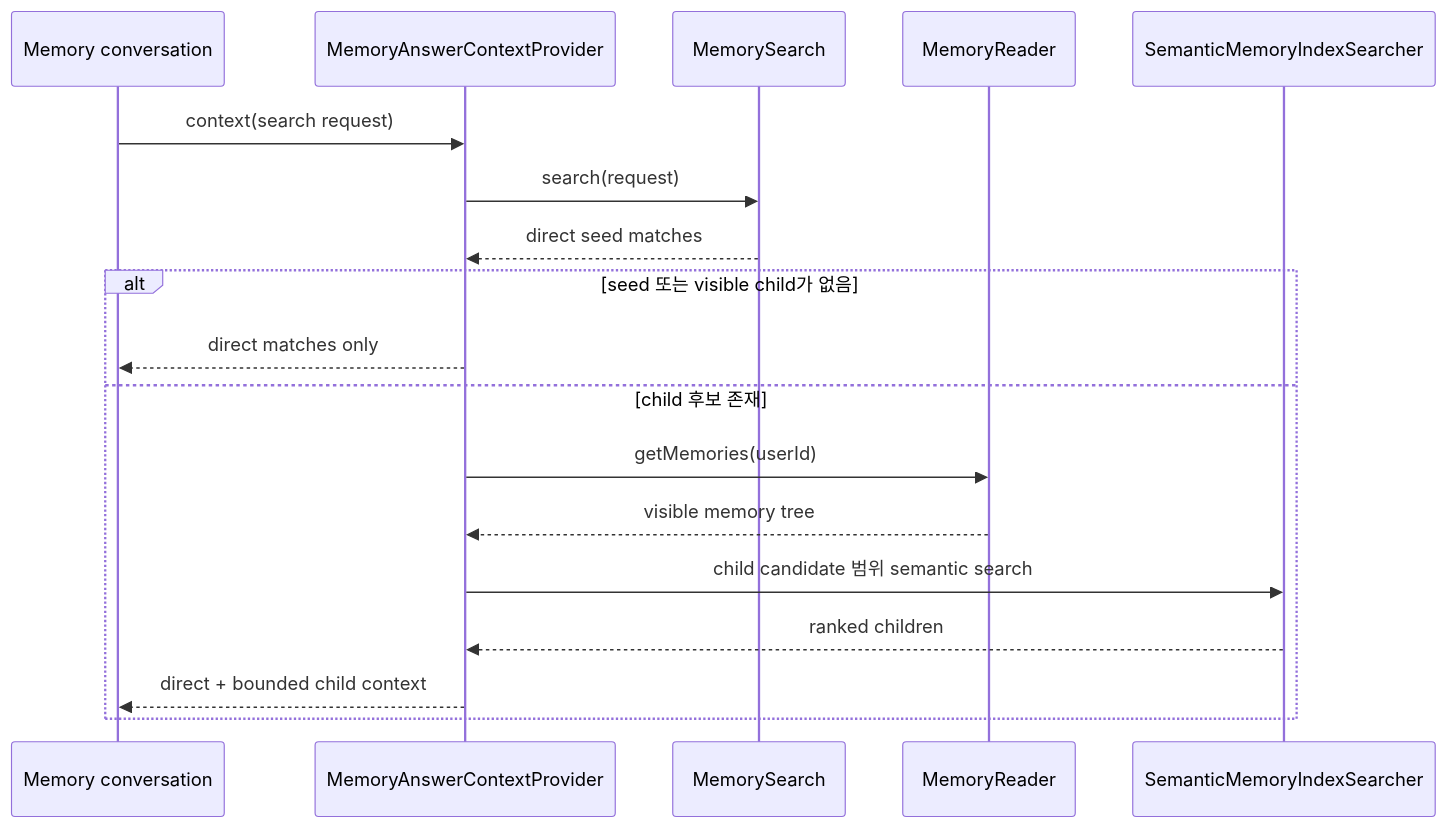
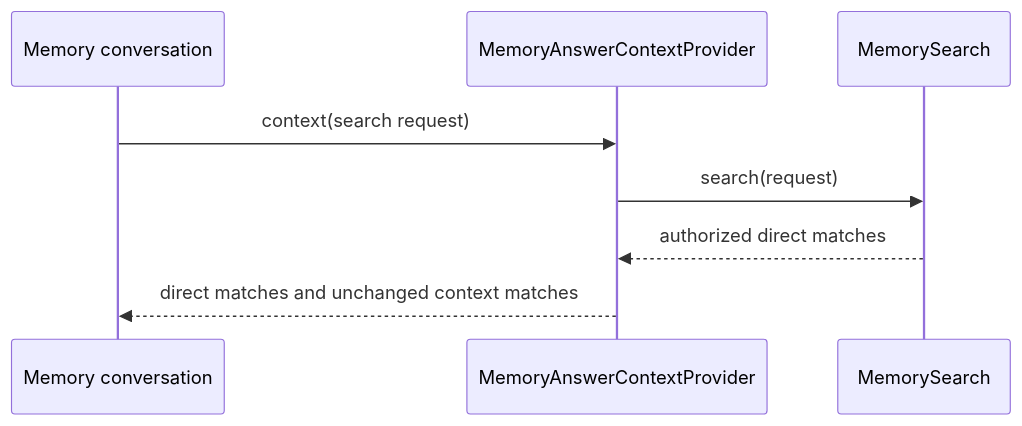
Before and after one commit to magenta1223/home_assistant: the third of 3 diagrams in application/src/main/kotlin/com/homeassistant/application/usecase/memory/answer/README.md, drawn with Mermaid. The commit also changed other lines of this file and 35 other files, not shown here.

Commit message:
refactor: remove Memory child links and legacy tree consumers

````diff
--- a/application/src/main/kotlin/com/homeassistant/application/usecase/memory/answer/README.md
+++ b/application/src/main/kotlin/com/homeassistant/application/usecase/memory/answer/README.md
@@ -67,21 +68,11 @@
 ```mermaid
 sequenceDiagram
     participant Conversation as Memory conversation
     participant Context as MemoryAnswerContextProvider
     participant Search as MemorySearch
-    participant Reader as MemoryReader
-    participant Index as SemanticMemoryIndexSearcher
 
     Conversation->>Context: context(search request)
     Context->>Search: search(request)
-    Search-->>Context: direct seed matches
-    alt seed 또는 visible child가 없음
-        Context-->>Conversation: direct matches only
-    else child 후보 존재
-        Context->>Reader: getMemories(userId)
-        Reader-->>Context: visible memory tree
-        Context->>Index: child candidate 범위 semantic search
-        Index-->>Context: ranked children
-        Context-->>Conversation: direct + bounded child context
-    end
+    Search-->>Context: authorized direct matches
+    Context-->>Conversation: direct matches and unchanged context matches
 ```
````
